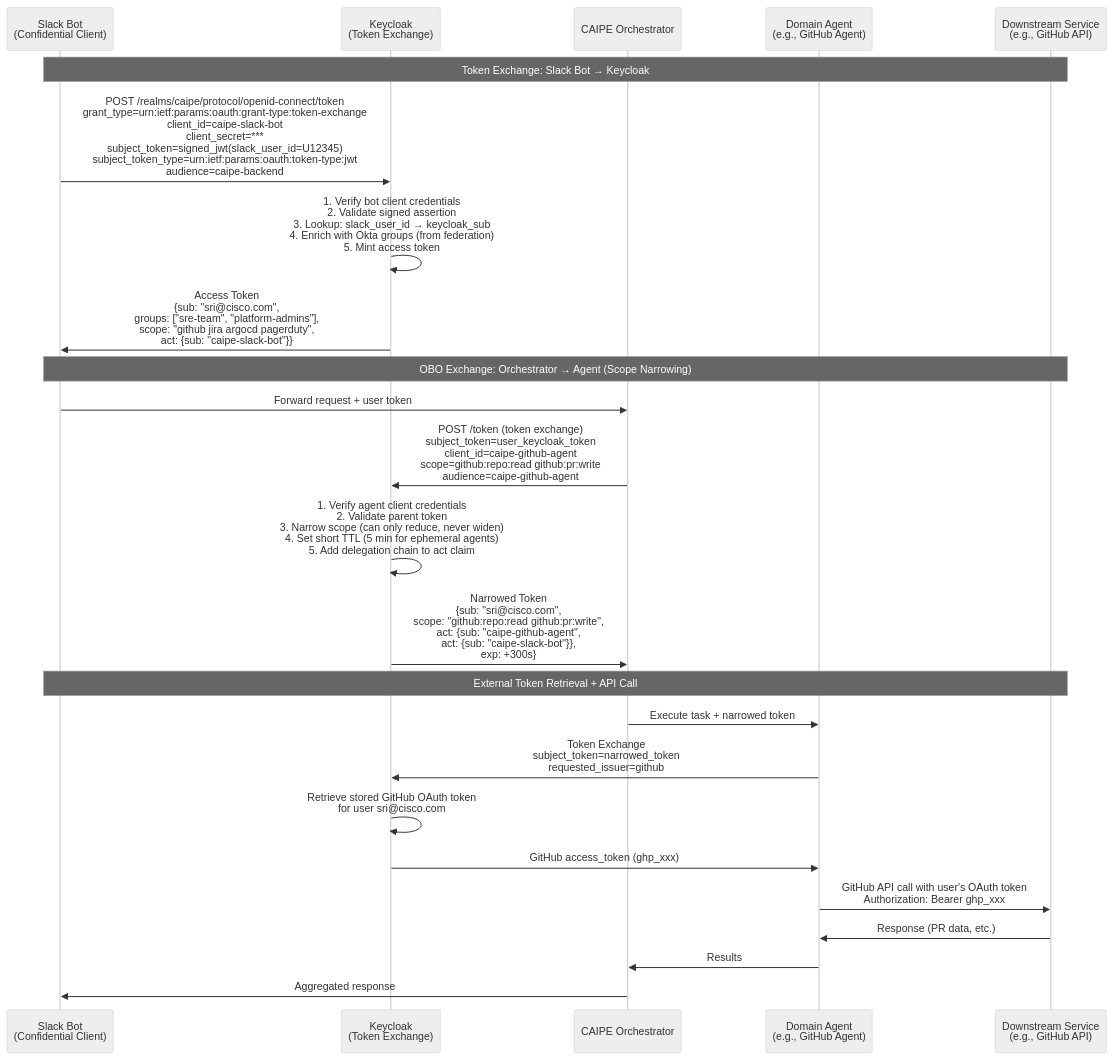
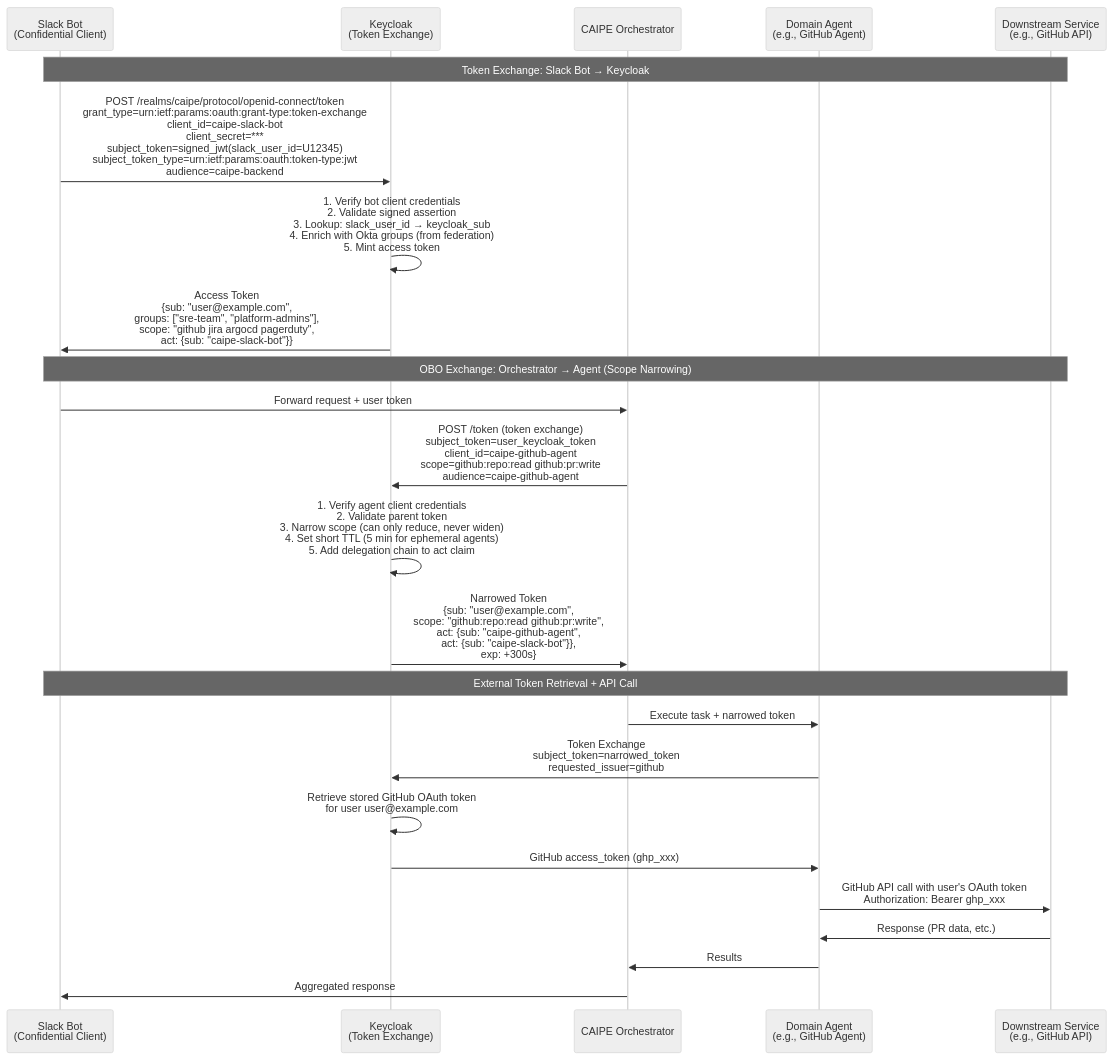
The third of 9 diagrams in docs/docs/architecture/enterprise-identity-federation.md (cnoe-io/ai-platform-engineering), drawn with Mermaid (neutral theme) before and after one commit. The commit also changed other lines of this file, not shown here.

First line of the commit message:
docs(architecture): remove Cisco-specific references, make doc generic

````diff
--- a/docs/docs/architecture/enterprise-identity-federation.md
+++ b/docs/docs/architecture/enterprise-identity-federation.md
@@ -227,36 +227,36 @@
 ```mermaid
 sequenceDiagram
     participant SB as Slack Bot<br/>(Confidential Client)
     participant KC as Keycloak<br/>(Token Exchange)
     participant ORCH as CAIPE Orchestrator
     participant AGENT as Domain Agent<br/>(e.g., GitHub Agent)
     participant SVC as Downstream Service<br/>(e.g., GitHub API)
 
     Note over SB,SVC: Token Exchange: Slack Bot → Keycloak
 
     SB->>KC: POST /realms/caipe/protocol/openid-connect/token<br/>grant_type=urn:ietf:params:oauth:grant-type:token-exchange<br/>client_id=caipe-slack-bot<br/>client_secret=***<br/>subject_token=signed_jwt(slack_user_id=U12345)<br/>subject_token_type=urn:ietf:params:oauth:token-type:jwt<br/>audience=caipe-backend
 
     KC->>KC: 1. Verify bot client credentials<br/>2. Validate signed assertion<br/>3. Lookup: slack_user_id → keycloak_sub<br/>4. Enrich with Okta groups (from federation)<br/>5. Mint access token
 
-    KC->>SB: Access Token<br/>{sub: "sri@cisco.com",<br/> groups: ["sre-team", "platform-admins"],<br/> scope: "github jira argocd pagerduty",<br/> act: {sub: "caipe-slack-bot"}}
+    KC->>SB: Access Token<br/>{sub: "user@example.com",<br/> groups: ["sre-team", "platform-admins"],<br/> scope: "github jira argocd pagerduty",<br/> act: {sub: "caipe-slack-bot"}}
 
     Note over SB,SVC: OBO Exchange: Orchestrator → Agent (Scope Narrowing)
 
     SB->>ORCH: Forward request + user token
     ORCH->>KC: POST /token (token exchange)<br/>subject_token=user_keycloak_token<br/>client_id=caipe-github-agent<br/>scope=github:repo:read github:pr:write<br/>audience=caipe-github-agent
 
     KC->>KC: 1. Verify agent client credentials<br/>2. Validate parent token<br/>3. Narrow scope (can only reduce, never widen)<br/>4. Set short TTL (5 min for ephemeral agents)<br/>5. Add delegation chain to act claim
 
-    KC->>ORCH: Narrowed Token<br/>{sub: "sri@cisco.com",<br/> scope: "github:repo:read github:pr:write",<br/> act: {sub: "caipe-github-agent",<br/>       act: {sub: "caipe-slack-bot"}},<br/> exp: +300s}
+    KC->>ORCH: Narrowed Token<br/>{sub: "user@example.com",<br/> scope: "github:repo:read github:pr:write",<br/> act: {sub: "caipe-github-agent",<br/>       act: {sub: "caipe-slack-bot"}},<br/> exp: +300s}
 
     Note over SB,SVC: External Token Retrieval + API Call
 
     ORCH->>AGENT: Execute task + narrowed token
     AGENT->>KC: Token Exchange<br/>subject_token=narrowed_token<br/>requested_issuer=github
-    KC->>KC: Retrieve stored GitHub OAuth token<br/>for user sri@cisco.com
+    KC->>KC: Retrieve stored GitHub OAuth token<br/>for user user@example.com
     KC->>AGENT: GitHub access_token (ghp_xxx)
     AGENT->>SVC: GitHub API call with user's OAuth token<br/>Authorization: Bearer ghp_xxx
     SVC->>AGENT: Response (PR data, etc.)
     AGENT->>ORCH: Results
     ORCH->>SB: Aggregated response
 ```
````
